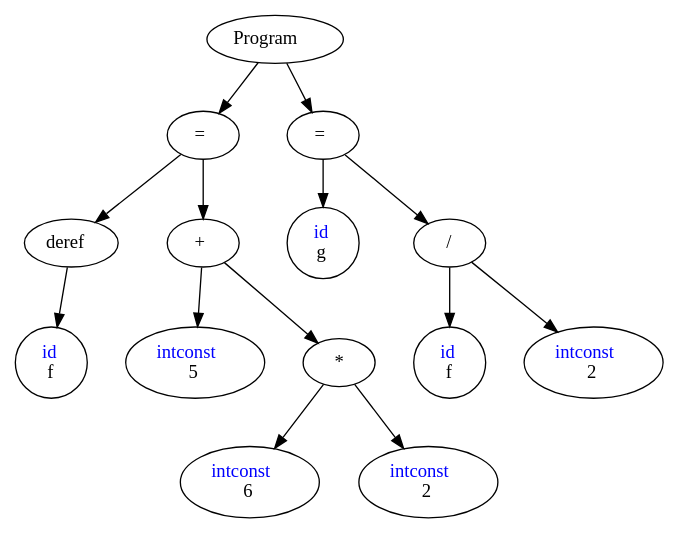
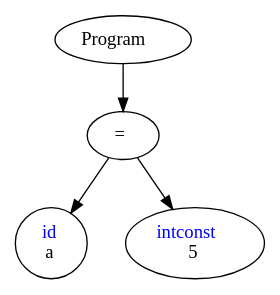
Before and after one commit to MarkVanAcker/C-to-P-compiler: the diagram in grammar/C/AST.dot, drawn with Graphviz. The commit also changed 7 other files, not shown here.

```diff
--- a/grammar/C/AST.dot
+++ b/grammar/C/AST.dot
@@ -1,32 +1,12 @@
 digraph G
 {
     nodesep = 0.4;
     ranksep = 0.5;
-	NODE139869118762064[label=<Program>];
-	NODE139869118759768[label=<=>];
-	NODE139869118762064->NODE139869118759768
-	NODE139869118761392[label=<deref>];
-	NODE139869118759768->NODE139869118761392
-	NODE139869118760496[label=<<font color = "blue">id</font><br/>f>];
-	NODE139869118761392->NODE139869118760496
-	NODE139869118761840[label=<+>];
-	NODE139869118759768->NODE139869118761840
-	NODE139869118761280[label=<<font color = "blue">intconst</font><br/>5>];
-	NODE139869118761840->NODE139869118761280
-	NODE139869118760048[label=<*>];
-	NODE139869118761840->NODE139869118760048
-	NODE139869118759992[label=<<font color = "blue">intconst</font><br/>6>];
-	NODE139869118760048->NODE139869118759992
-	NODE139869118762512[label=<<font color = "blue">intconst</font><br/>2>];
-	NODE139869118760048->NODE139869118762512
-	NODE139869118762848[label=<=>];
-	NODE139869118762064->NODE139869118762848
-	NODE139869118761896[label=<<font color = "blue">id</font><br/>g>];
-	NODE139869118762848->NODE139869118761896
-	NODE139869118762456[label=</>];
-	NODE139869118762848->NODE139869118762456
-	NODE139869118762568[label=<<font color = "blue">id</font><br/>f>];
-	NODE139869118762456->NODE139869118762568
-	NODE139869118753480[label=<<font color = "blue">intconst</font><br/>2>];
-	NODE139869118762456->NODE139869118753480
+	NODE139694058570920[label=<Program>];
+	NODE139694058540056[label=<=>];
+	NODE139694058570920->NODE139694058540056
+	NODE139694058540616[label=<<font color = "blue">id</font><br/>a>];
+	NODE139694058540056->NODE139694058540616
+	NODE139694058538824[label=<<font color = "blue">intconst</font><br/>5>];
+	NODE139694058540056->NODE139694058538824
 }
```
